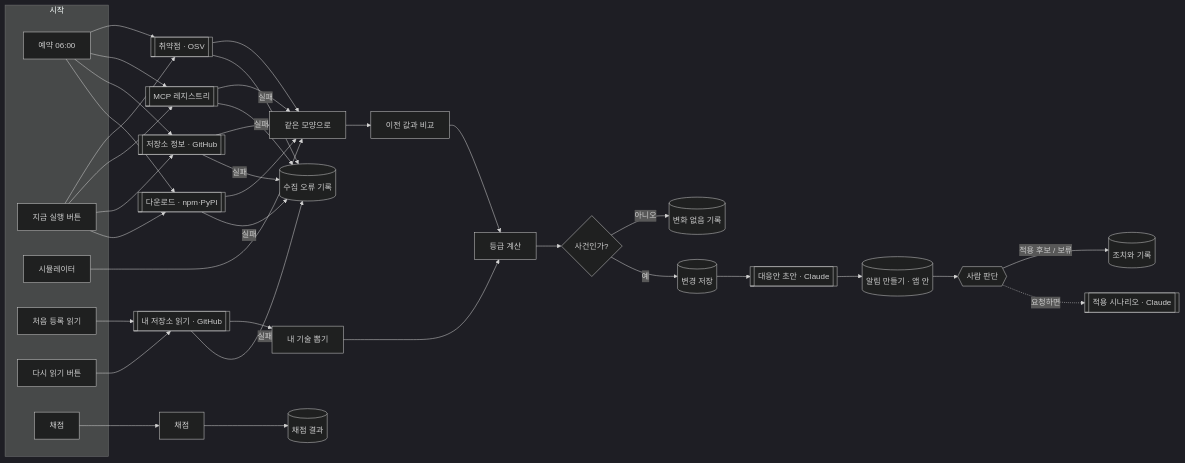
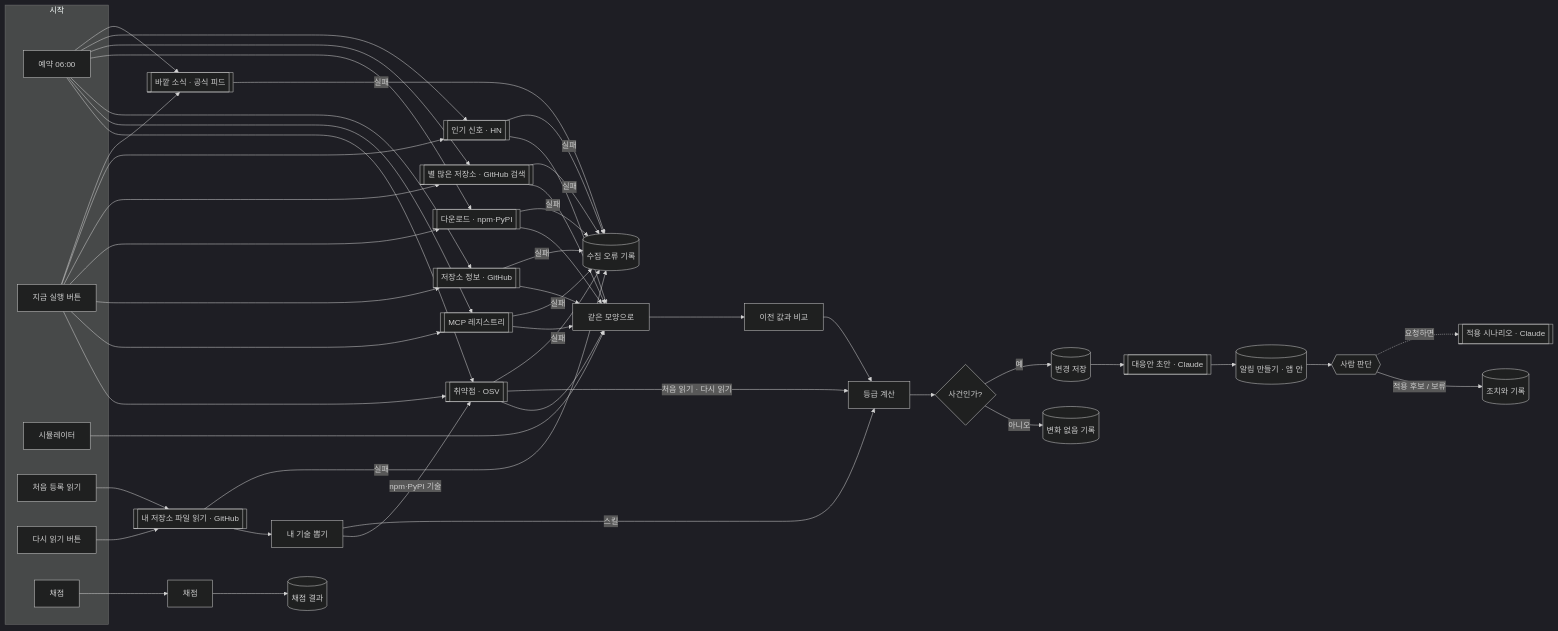
Before and after one commit to tempTechRadar/TechRadar: the diagram in docs/flow.md, drawn with Mermaid (dark theme). The commit also changed other lines of this file, not shown here.

Commit message:
docs: flow.md 그림·상자 이름·읽는 파일·실패 시연을 코드에 맞춤 — I-c-quality-1123

````diff
--- a/docs/flow.md
+++ b/docs/flow.md
@@ -10,22 +10,25 @@
 ```mermaid
 flowchart LR
   subgraph 시작
     S1[예약 06:00]
     S2[지금 실행 버튼]
     S3[시뮬레이터]
     S4[처음 등록 읽기]
     S5[다시 읽기 버튼]
     S6[채점]
   end
-  S1 & S2 --> F1[[취약점 · OSV]] & F2[[MCP 레지스트리]] & F3[[저장소 정보 · GitHub]] & F4[[다운로드 · npm·PyPI]]
-  F1 & F2 & F3 & F4 --> N[같은 모양으로] --> C[이전 값과 비교] --> G[등급 계산]
+  S1 & S2 --> F1[[취약점 · OSV]] & F2[[MCP 레지스트리]] & F3[[저장소 정보 · GitHub]] & F4[[다운로드 · npm·PyPI]] & F5[[별 많은 저장소 · GitHub 검색]] & F6[[인기 신호 · HN]] & F7[[바깥 소식 · 공식 피드]]
+  F1 & F2 & F3 & F4 & F5 & F6 --> N[같은 모양으로] --> C[이전 값과 비교] --> G[등급 계산]
   S3 --> N
-  S4 & S5 --> R[[내 저장소 읽기 · GitHub]] --> X[내 기술 뽑기] --> G
+  S4 & S5 --> R[[내 저장소 파일 읽기 · GitHub]] --> X[내 기술 뽑기]
+  X -- npm·PyPI 기술 --> F1
+  F1 -- 처음 읽기 · 다시 읽기 --> G
+  X -- 스킬 --> G
   G --> B{사건인가?}
   B -- 아니오 --> NC[(변화 없음 기록)]
   B -- 예 --> CH[(변경 저장)] --> SM[[대응안 초안 · Claude]] --> AL[(알림 만들기 · 앱 안)] --> H{{사람 판단}}
   H -- 적용 후보 / 보류 --> AR[(조치와 기록)]
   H -. 요청하면 .-> SC[[적용 시나리오 · Claude]]
-  F1 & F2 & F3 & F4 & R -- 실패 --> E[(수집 오류 기록)]
+  F1 & F2 & F3 & F4 & F5 & F6 & F7 & R -- 실패 --> E[(수집 오류 기록)]
   S6 --> SC2[채점] --> SV[(채점 결과)]
 ```
````
